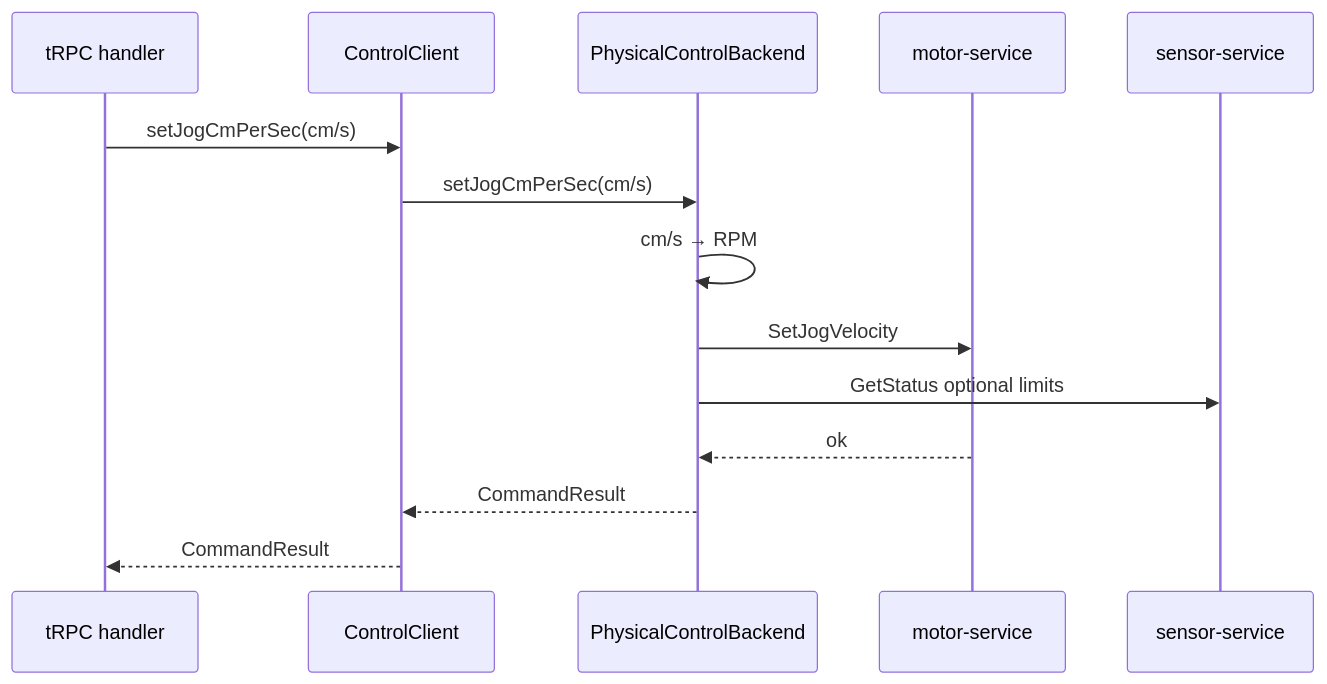
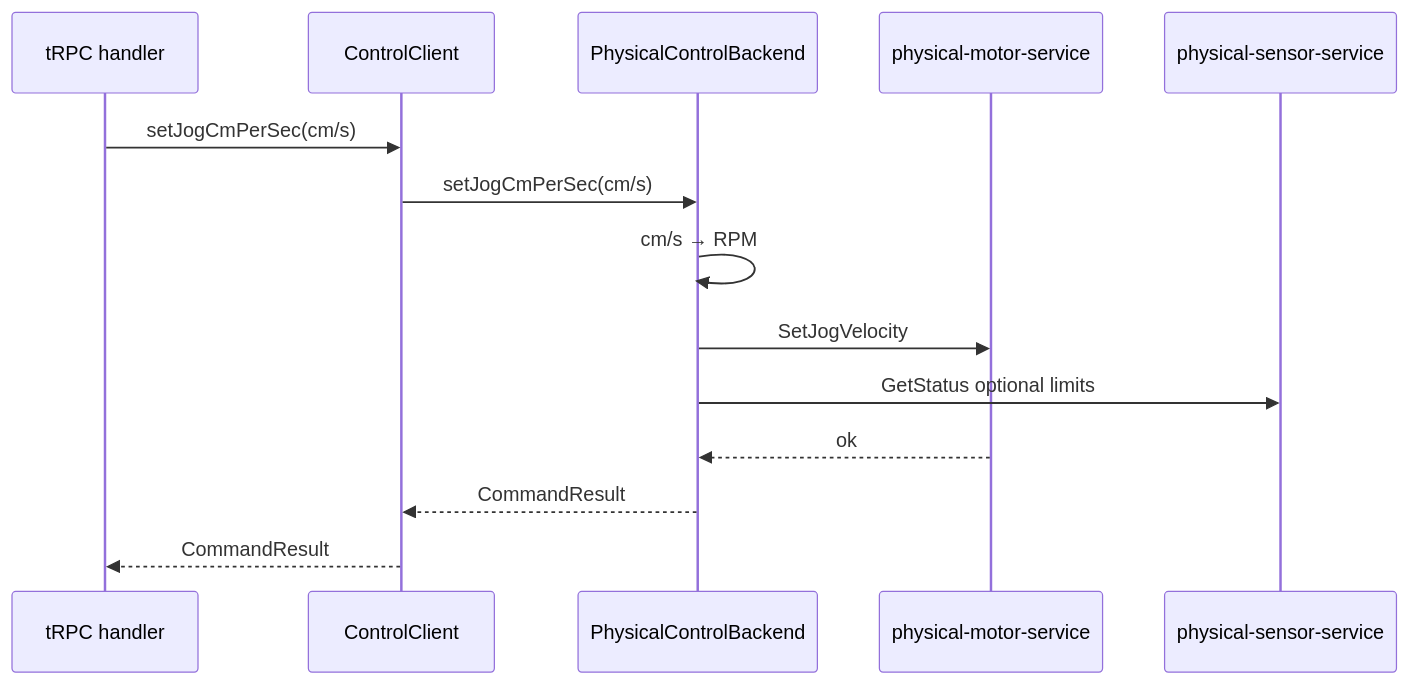
The second of 5 diagrams in docs/control-client-architecture.md (SamuelC54/real-pendulum-2), drawn with Mermaid before and after one commit. The commit also changed other lines of this file and 111 other files, not shown here.

First line of the commit message:
Rename apps to simulation and physical motor/sensor services.

````diff
--- a/docs/control-client-architecture.md
+++ b/docs/control-client-architecture.md
@@ -227,17 +227,17 @@
 ```mermaid
 sequenceDiagram
   participant TRPC as tRPC handler
   participant CC as ControlClient
   participant PB as PhysicalControlBackend
-  participant MS as motor-service
-  participant SS as sensor-service
+  participant MS as physical-motor-service
+  participant SS as physical-sensor-service
 
   TRPC->>CC: setJogCmPerSec(cm/s)
   CC->>PB: setJogCmPerSec(cm/s)
   PB->>PB: cm/s → RPM
   PB->>MS: SetJogVelocity
   PB->>SS: GetStatus optional limits
   MS-->>PB: ok
   PB-->>CC: CommandResult
   CC-->>TRPC: CommandResult
 ```
````
